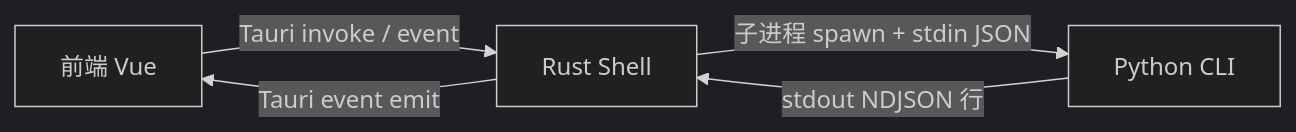
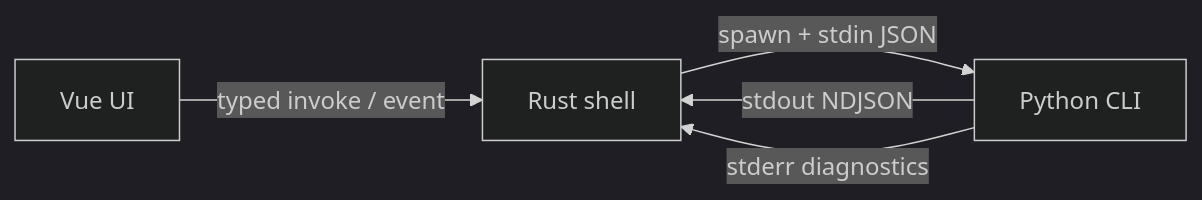
The first of 2 diagrams in docs/05-ipc-protocol.md (youge325/vp), drawn with Mermaid (dark theme) before and after one commit. The commit also changed other lines of this file and 14 other files, not shown here.

````diff
--- a/docs/05-ipc-protocol.md
+++ b/docs/05-ipc-protocol.md
@@ -10,7 +10,7 @@
 ```mermaid
 graph LR
-    A[前端 Vue] --"Tauri invoke / event"--> B[Rust Shell]
-    B --"子进程 spawn + stdin JSON"--> C[Python CLI]
-    C --"stdout NDJSON 行"--> B
-    B --"Tauri event emit"--> A
+    A["Vue UI"] -- "typed invoke / event" --> B["Rust shell"]
+    B -- "spawn + stdin JSON" --> C["Python CLI"]
+    C -- "stdout NDJSON" --> B
+    C -- "stderr diagnostics" --> B
 ```
````
